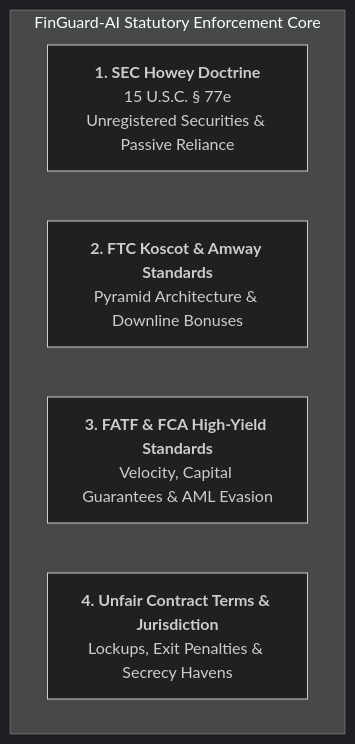
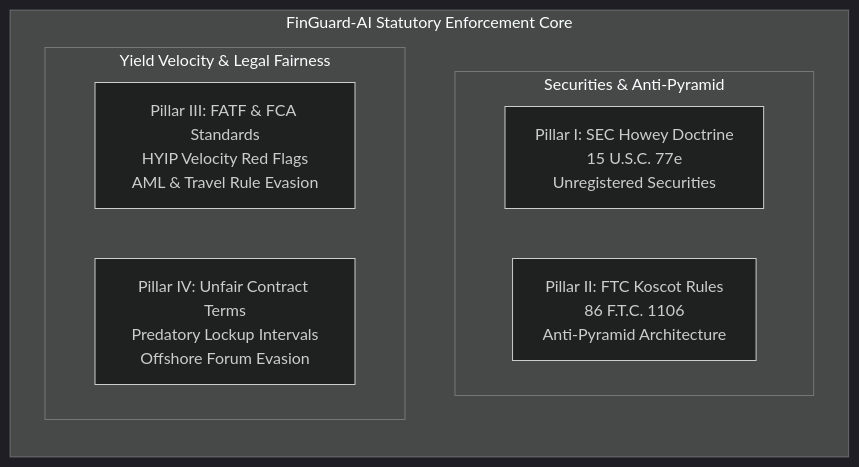
One commit to nnn14092004-cyber/finguard-ai changed the first of 2 diagrams in README.md. Above: the diagram before and after it, drawn with Mermaid (dark theme). The commit also changed 1 other file, not shown here.

Commit message:
style(docs): re-architect statutory pillars into a 2x2 grid to prevent SVG text clipping

````diff
--- a/README.md
+++ b/README.md
@@ -27,9 +27,14 @@
 ```mermaid
 flowchart TD
-    subgraph Regulatory_Pillars [FinGuard-AI Statutory Enforcement Core]
-        P1["<b>1. SEC Howey Doctrine</b><br/>15 U.S.C. § 77e<br/>Unregistered Securities & Passive Reliance"]
-        P2["<b>2. FTC Koscot & Amway Standards</b><br/>Pyramid Architecture & Downline Bonuses"]
-        P3["<b>3. FATF & FCA High-Yield Standards</b><br/>Velocity, Capital Guarantees & AML Evasion"]
-        P4["<b>4. Unfair Contract Terms & Jurisdiction</b><br/>Lockups, Exit Penalties & Secrecy Havens"]
+    subgraph Framework ["FinGuard-AI Statutory Enforcement Core"]
+        direction TB
+        subgraph Col1 ["Securities & Anti-Pyramid"]
+            P1["Pillar I: SEC Howey Doctrine<br/>15 U.S.C. 77e<br/>Unregistered Securities"]
+            P2["Pillar II: FTC Koscot Rules<br/>86 F.T.C. 1106<br/>Anti-Pyramid Architecture"]
+        end
+        subgraph Col2 ["Yield Velocity & Legal Fairness"]
+            P3["Pillar III: FATF & FCA Standards<br/>HYIP Velocity Red Flags<br/>AML & Travel Rule Evasion"]
+            P4["Pillar IV: Unfair Contract Terms<br/>Predatory Lockup Intervals<br/>Offshore Forum Evasion"]
+        end
     end
 ```
````
